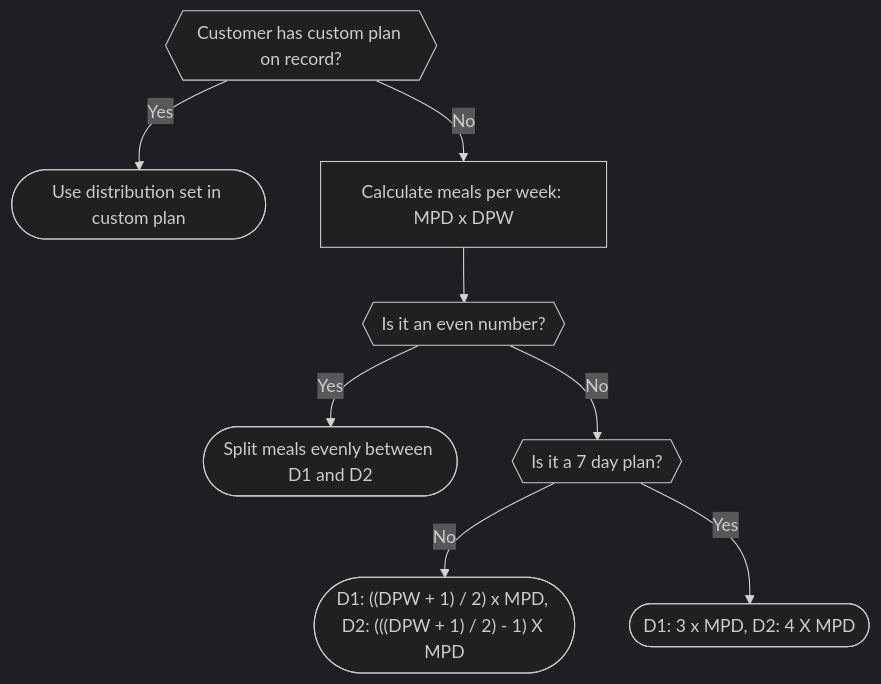
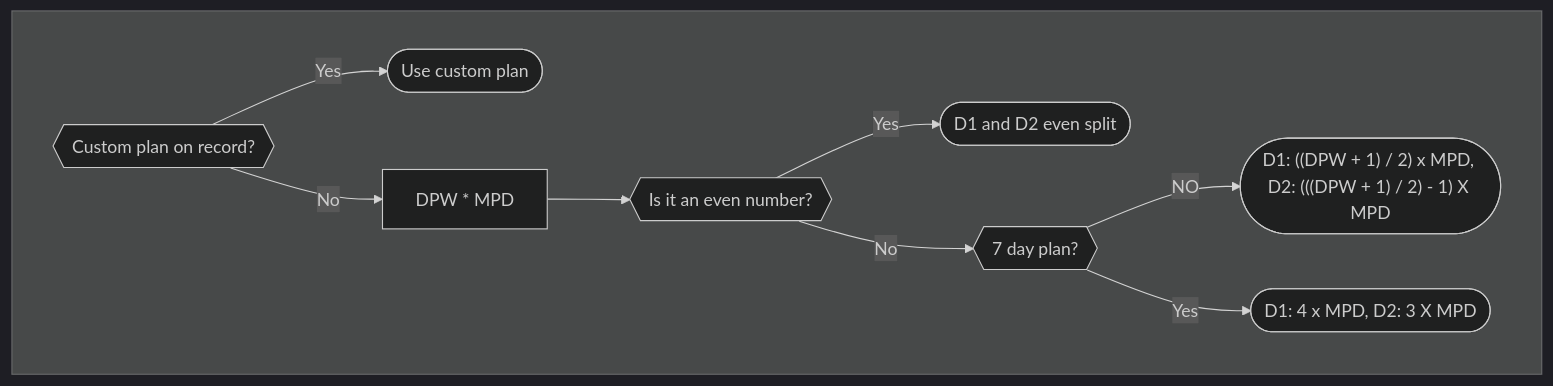
One commit to the-nutritionist-mcr/online changed the diagram in tnm-docs/docs/Application/Features/plan.md. Above: the diagram before and after it, drawn with Mermaid (dark theme).

Commit message:
add subgraph

````diff
--- a/tnm-docs/docs/Application/Features/plan.md
+++ b/tnm-docs/docs/Application/Features/plan.md
@@ -32,10 +32,13 @@
 ```mermaid
 flowchart TD
-    A{{Customer has custom plan on record?}}-->|Yes|B([Use distribution set in custom plan])
-    A-->|No|C[Calculate meals per week: MPD x DPW]
-    C-->D{{Is it an even number?}}
-    D-->|Yes|E([Split meals evenly between D1 and D2])
-    D-->|No|F{{Is it a 7 day plan?}}
-    F-->|No|G(["D1: ((DPW + 1) / 2) x MPD, D2: (((DPW + 1) / 2) - 1) X MPD"])
-    F-->|Yes|H(["D1: 3 x MPD, D2: 4 X MPD"])
+    subgraph Z[" "]
+        direction LR
+        A{{Custom plan on record?}}-->|Yes|B([Use custom plan])
+        A-->|No|C[DPW * MPD]
+        C-->D{{Is it an even number?}}
+        D-->|Yes|E([D1 and D2 even split])
+        D-->|No|F{{7 day plan?}}
+        F-->|NO|G(["D1: ((DPW + 1) / 2) x MPD, D2: (((DPW + 1) / 2) - 1) X MPD"])
+        F-->|Yes|H(["D1: 4 x MPD, D2: 3 X MPD"])
+    end
 ```
````
